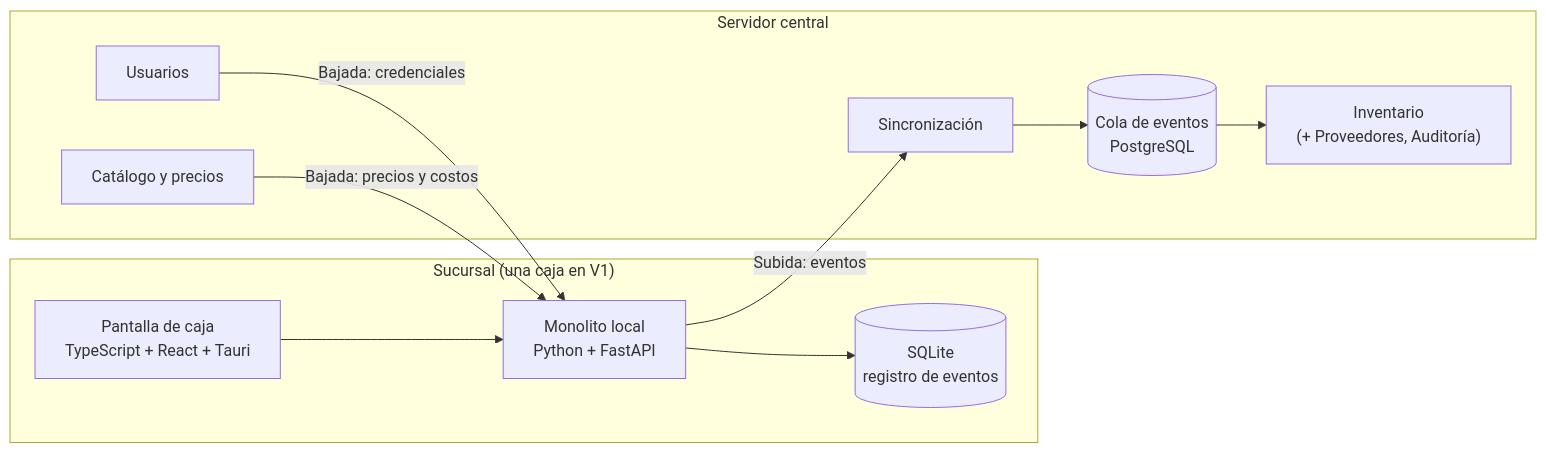
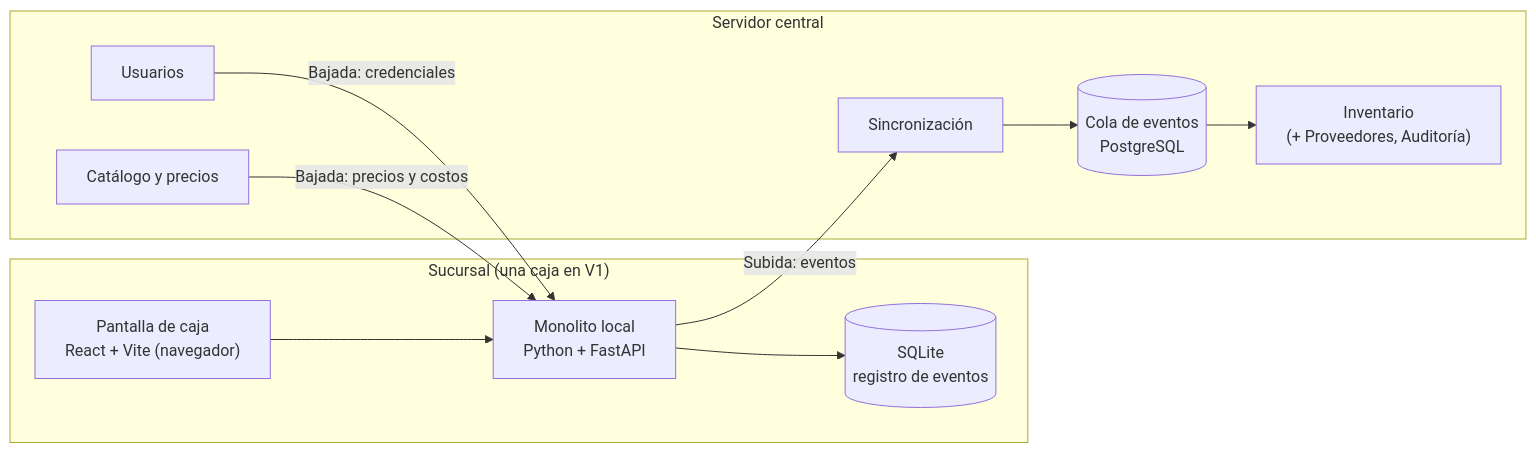
The diagram in docs/arquitectura.md (MauricioF806/pumaverso-pos), drawn with Mermaid before and after one commit. The commit also changed other lines of this file and 15 other files, not shown here.

Commit message:
feat: preparar la API de la tienda para la pantalla de caja

````diff
--- a/docs/arquitectura.md
+++ b/docs/arquitectura.md
@@ -9,18 +9,18 @@
 ```mermaid
 flowchart LR
     subgraph Sucursal["Sucursal (una caja en V1)"]
-        Caja["Pantalla de caja<br/>TypeScript + React + Tauri"] --> Nodo["Monolito local<br/>Python + FastAPI"]
+        Caja["Pantalla de caja<br/>React + Vite (navegador)"] --> Nodo["Monolito local<br/>Python + FastAPI"]
         Nodo --> SQLite[("SQLite<br/>registro de eventos")]
     end
 
     subgraph Central["Servidor central"]
         Sync["Sincronización"] --> Cola[("Cola de eventos<br/>PostgreSQL")]
         Cola --> Inv["Inventario<br/>(+ Proveedores, Auditoría)"]
         Usu["Usuarios"]
         Cat["Catálogo y precios"]
     end
 
     Nodo -- "Subida: eventos" --> Sync
     Usu -- "Bajada: credenciales" --> Nodo
     Cat -- "Bajada: precios y costos" --> Nodo
 ```
````
